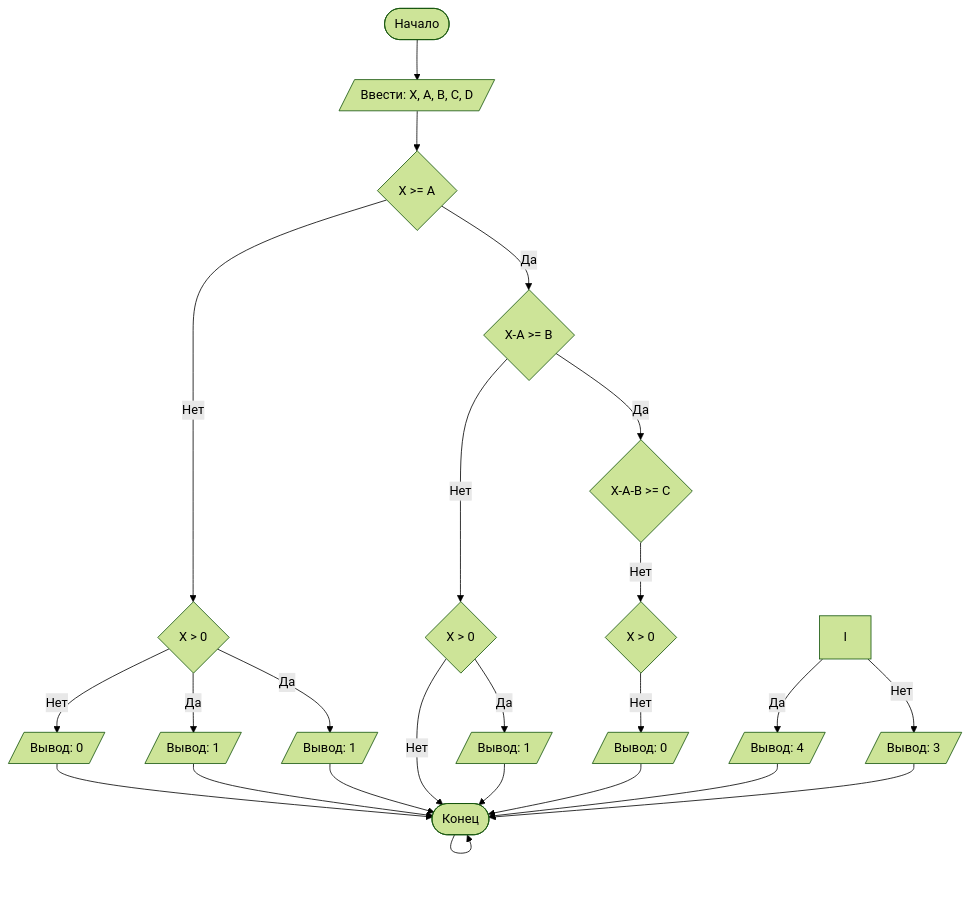
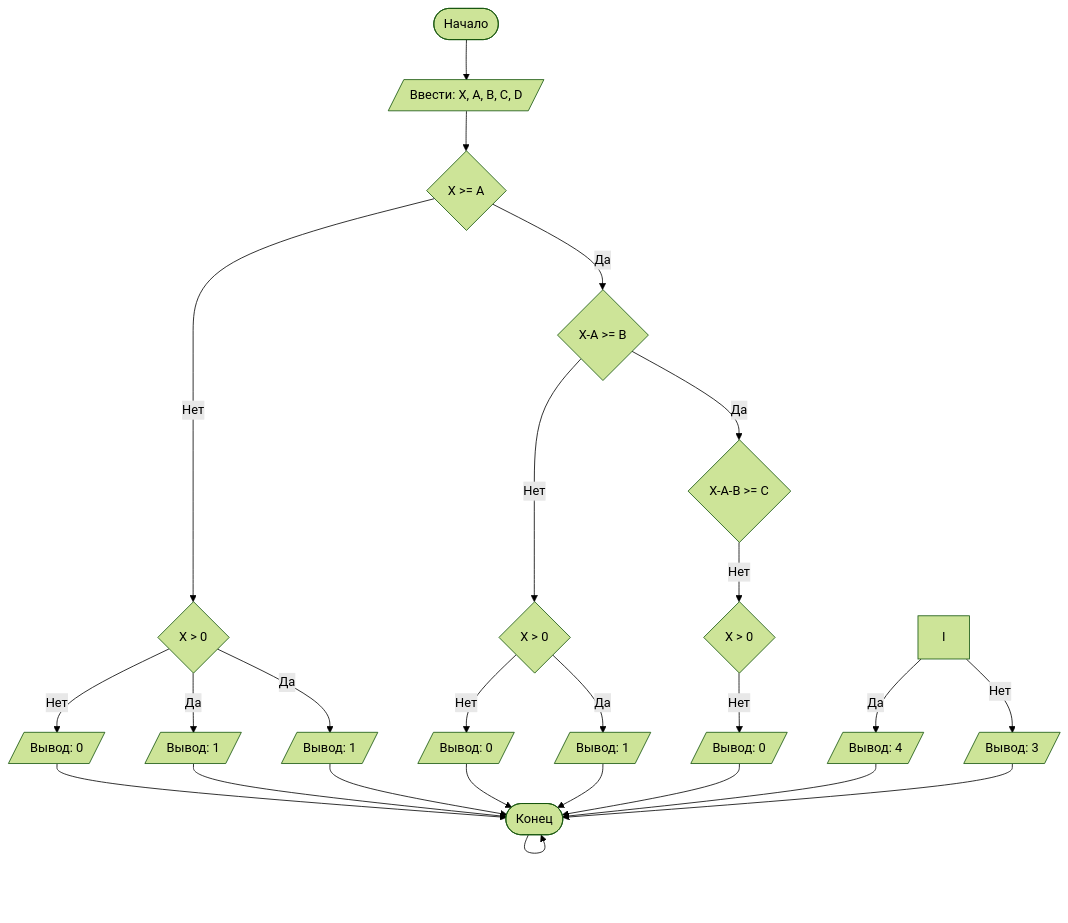
One commit to abchaccccc/LabNumber1 changed the diagram in README.md. Above: the diagram before and after it, drawn with Mermaid (forest theme).

````diff
--- a/README.md
+++ b/README.md
@@ -97,28 +97,29 @@
 ```mermaid
 graph TD
     A([Начало]) --> B[/Ввести: X, A, B, C, D/]
     B --> C{X >= A}
     C -- Нет --> D{X > 0}
     D -- Нет --> M[/Вывод: 0/]
     D -- Да --> N[/Вывод: 1/]
     C -- Да --> E{X-A >= B}
     E -- Нет --> V{X > 0}
-    V -- Нет --> Z[/Вывод: 0/]
+    V -- Нет --> L[/Вывод: 0/]
     V -- Да --> X[/Вывод: 1/]
     E -- Да --> G{X-A-B >= C}
     G -- Нет --> P{X > 0}
     P -- Нет --> H[/Вывод: 0/]
     D -- Да --> R[/Вывод: 1/]
     I -- Да --> J[/Вывод: 4/]
     I -- Нет --> U[/Вывод: 3/]
     X --> Z
     M --> Z
     N --> Z
     Z --> Z
     H --> Z
     R --> Z
     U --> Z
+    L --> Z
     J --> Z([Конец])
     
 
 ```
````
